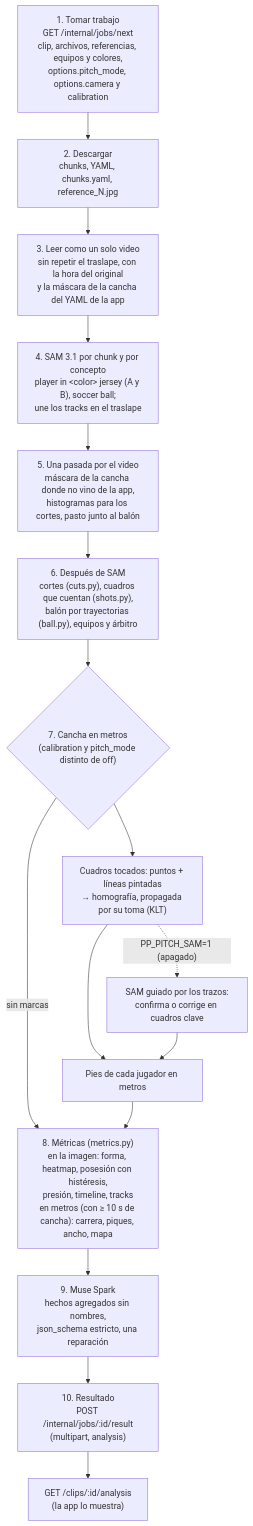
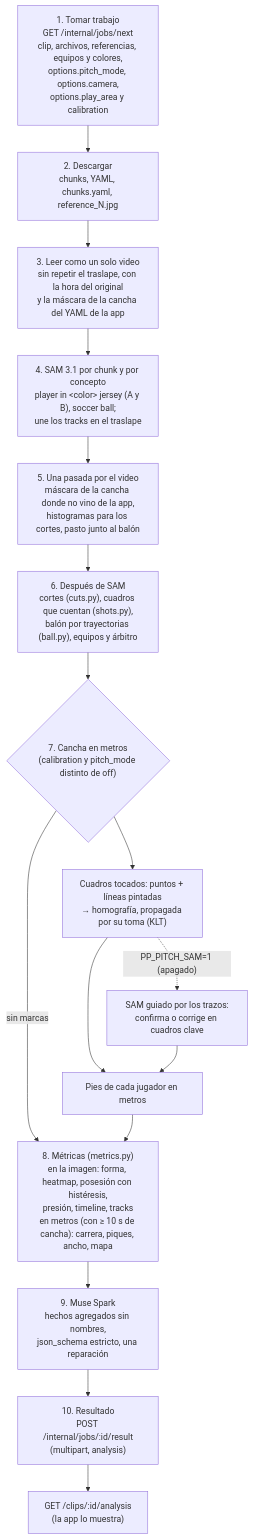
The first of 4 diagrams in docs/arquitectura/06-pipeline-analisis.md (pepemxl/meta-ai-hackathon-2026), drawn with Mermaid before and after one commit. The commit also changed other lines of this file and 32 other files, not shown here.

````diff
--- a/docs/arquitectura/06-pipeline-analisis.md
+++ b/docs/arquitectura/06-pipeline-analisis.md
@@ -18,18 +18,18 @@
 ```mermaid
 flowchart TB
-    claim["1. Tomar trabajo<br/>GET /internal/jobs/next<br/>clip, archivos, referencias, equipos y colores,<br/>options.pitch_mode, options.camera y calibration"] --> dl["2. Descargar<br/>chunks, YAML, chunks.yaml, reference_N.jpg"]
+    claim["1. Tomar trabajo<br/>GET /internal/jobs/next<br/>clip, archivos, referencias, equipos y colores,<br/>options.pitch_mode, options.camera,<br/>options.play_area y calibration"] --> dl["2. Descargar<br/>chunks, YAML, chunks.yaml, reference_N.jpg"]
     dl --> read["3. Leer como un solo video<br/>sin repetir el traslape, con la hora del original<br/>y la máscara de la cancha del YAML de la app"]
     read --> sam["4. SAM 3.1 por chunk y por concepto<br/>player in &lt;color&gt; jersey (A y B), soccer ball;<br/>une los tracks en el traslape"]
     sam --> pass["5. Una pasada por el video<br/>máscara de la cancha donde no vino de la app,<br/>histogramas para los cortes, pasto junto al balón"]
     pass --> post["6. Después de SAM<br/>cortes (cuts.py), cuadros que cuentan (shots.py),<br/>balón por trayectorias (ball.py), equipos y árbitro"]
     post --> cal{"7. Cancha en metros<br/>(calibration y pitch_mode distinto de off)"}
     cal -->|"sin marcas"| metrics
     cal --> touch["Cuadros tocados: puntos + líneas pintadas<br/>→ homografía, propagada por su toma (KLT)"]
     touch -.->|"PP_PITCH_SAM=1 (apagado)"| lines["SAM guiado por los trazos:<br/>confirma o corrige en cuadros clave"]
     touch --> feet["Pies de cada jugador en metros"]
     lines --> feet
     feet --> metrics["8. Métricas (metrics.py)<br/>en la imagen: forma, heatmap, posesión con histéresis,<br/>presión, timeline, tracks<br/>en metros (con ≥ 10 s de cancha): carrera, piques, ancho, mapa"]
     metrics --> muse["9. Muse Spark<br/>hechos agregados sin nombres,<br/>json_schema estricto, una reparación"]
     muse --> result["10. Resultado<br/>POST /internal/jobs/:id/result<br/>(multipart, analysis)"]
     result --> app["GET /clips/:id/analysis<br/>(la app lo muestra)"]
 ```
````
